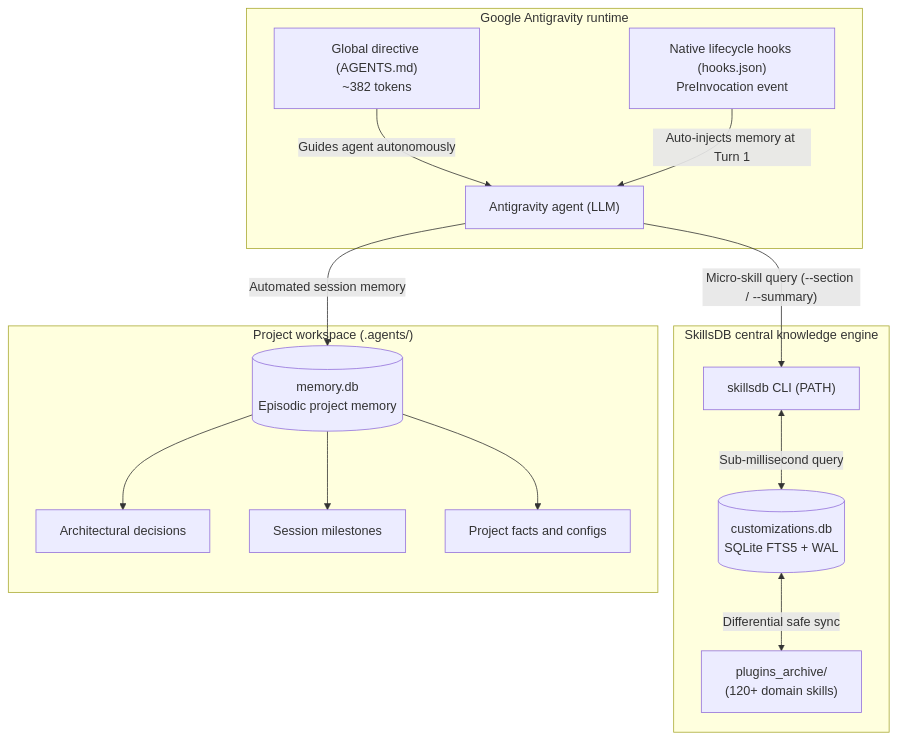
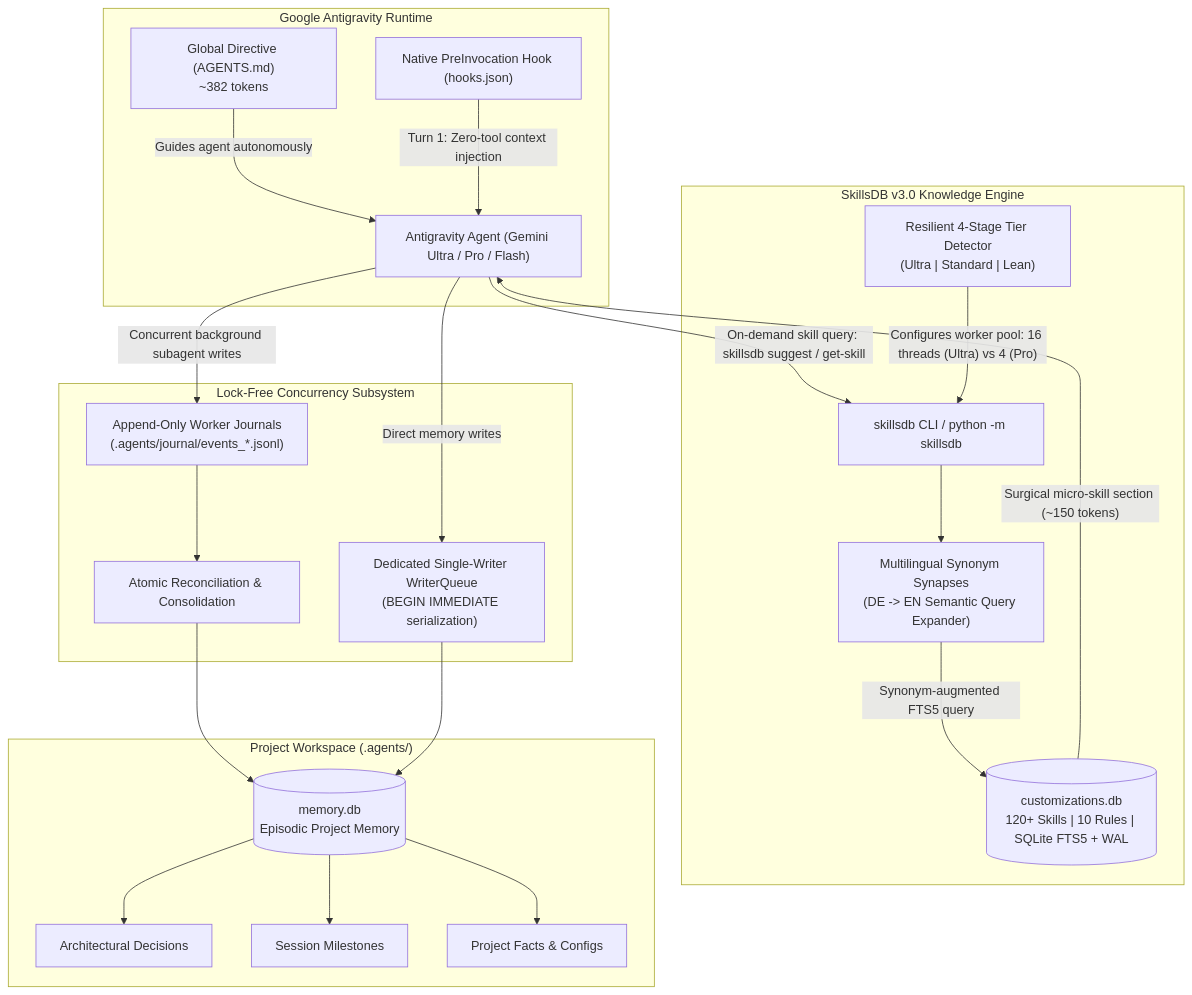
The diagram in README.md (scorpion421/skillsdb), drawn with Mermaid before and after one commit. The commit also changed other lines of this file, not shown here.

Commit message:
docs: completely rewrite README.md from scratch for SkillsDB v3.0

````diff
--- a/README.md
+++ b/README.md
@@ -98,31 +54,44 @@
 ```mermaid
 flowchart TD
-    subgraph Antigravity ["Google Antigravity runtime"]
-        Agent["Antigravity agent (LLM)"]
-        Directive["Global directive (AGENTS.md)\n~382 tokens"]
-        Hooks["Native lifecycle hooks (hooks.json)\nPreInvocation event"]
+    subgraph AntigravityRuntime ["Google Antigravity Runtime"]
+        Agent["Antigravity Agent (Gemini Ultra / Pro / Flash)"]
+        Directive["Global Directive (AGENTS.md)\n~382 tokens"]
+        Hook["Native PreInvocation Hook (hooks.json)"]
     end
 
-    subgraph CentralEngine ["SkillsDB central knowledge engine"]
-        CLI["skillsdb CLI (PATH)"]
-        CentralDB[("customizations.db\nSQLite FTS5 + WAL")]
-        PluginArchive["plugins_archive/\n(120+ domain skills)"]
+    subgraph SkillsDBEngine ["SkillsDB v3.0 Knowledge Engine"]
+        CLI["skillsdb CLI / python -m skillsdb"]
+        Synapses["Multilingual Synonym Synapses\n(DE -> EN Semantic Query Expander)"]
+        CentralDB[("customizations.db\n120+ Skills | 10 Rules | SQLite FTS5 + WAL")]
+        Detector["Resilient 4-Stage Tier Detector\n(Ultra | Standard | Lean)"]
     end
 
-    subgraph ProjectWorkspace ["Project workspace (.agents/)"]
-        MemDB[("memory.db\nEpisodic project memory")]
-        Decisions["Architectural decisions"]
-        Snapshots["Session milestones"]
-        Facts["Project facts and configs"]
+    subgraph ConcurrencySubsystem ["Lock-Free Concurrency Subsystem"]
+        WQ["Dedicated Single-Writer WriterQueue\n(BEGIN IMMEDIATE serialization)"]
+        Journals["Append-Only Worker Journals\n(.agents/journal/events_*.jsonl)"]
+        Flush["Atomic Reconciliation & Consolidation"]
+    end
+
+    subgraph ProjectWorkspace ["Project Workspace (.agents/)"]
+        MemDB[("memory.db\nEpisodic Project Memory")]
+        Decisions["Architectural Decisions"]
+        Snapshots["Session Milestones"]
+        Facts["Project Facts & Configs"]
     end
 
     Directive -->|"Guides agent autonomously"| Agent
-    Hooks -->|"Auto-injects memory at Turn 1"| Agent
-    Agent -->|"Micro-skill query (--section / --summary)"| CLI
-    CLI <-->|"Sub-millisecond query"| CentralDB
-    CentralDB <-->|"Differential safe sync"| PluginArchive
-    Agent -->|"Automated session memory"| MemDB
+    Hook -->|"Turn 1: Zero-tool context injection"| Agent
+    Agent -->|"On-demand skill query: skillsdb suggest / get-skill"| CLI
+    CLI --> Synapses
+    Synapses -->|"Synonym-augmented FTS5 query"| CentralDB
+    CentralDB -->|"Surgical micro-skill section (~150 tokens)"| Agent
+    Detector -->|"Configures worker pool: 16 threads (Ultra) vs 4 (Pro)"| CLI
+    Agent -->|"Concurrent background subagent writes"| Journals
+    Journals --> Flush
+    Flush --> MemDB
+    Agent -->|"Direct memory writes"| WQ
+    WQ --> MemDB
     MemDB --> Decisions
     MemDB --> Snapshots
     MemDB --> Facts
 ```
````
